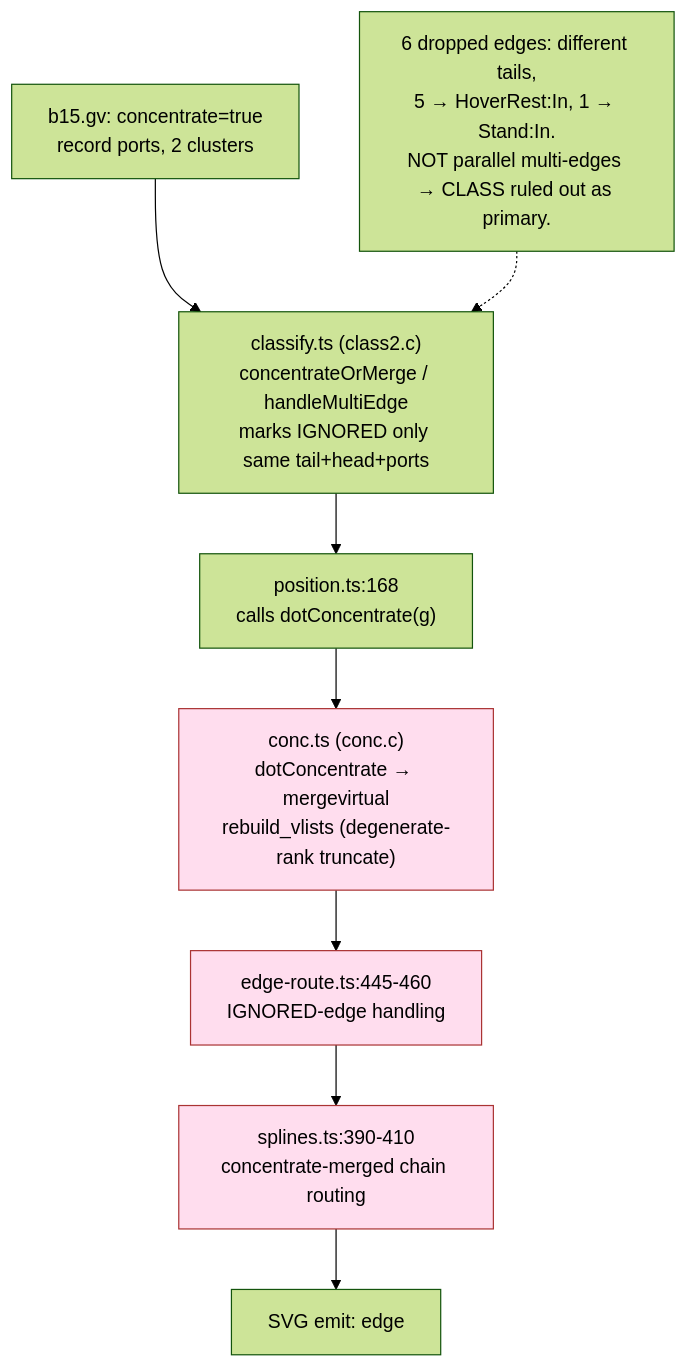
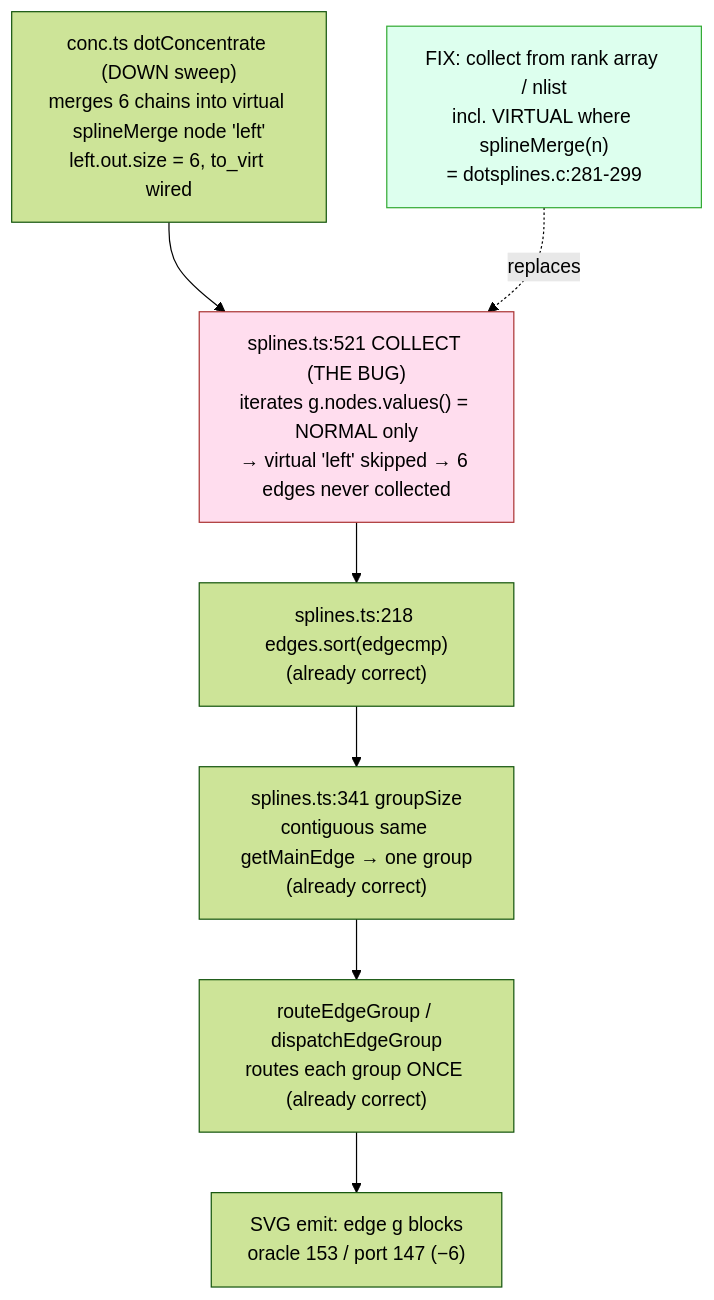
Before and after one commit to sseely/graphviz-ts: the diagram in plans/fix-graphs-b15/diagrams/component-map.md, drawn with Mermaid (forest theme). The commit also changed other lines of this file and 11 other files, not shown here.

First line of the commit message:
docs(graphs-b15): re-scope mission to edgecmp-grouping port

````diff
--- a/plans/fix-graphs-b15/diagrams/component-map.md
+++ b/plans/fix-graphs-b15/diagrams/component-map.md
@@ -7,15 +7,16 @@
 ```mermaid
 graph TD
-  IN["b15.gv: concentrate=true<br/>record ports, 2 clusters"] --> CLASS["classify.ts (class2.c)<br/>concentrateOrMerge / handleMultiEdge<br/>marks IGNORED only same tail+head+ports"]
-  CLASS --> POS["position.ts:168<br/>calls dotConcentrate(g)"]
-  POS --> CONC["conc.ts (conc.c)<br/>dotConcentrate → mergevirtual<br/>rebuild_vlists (degenerate-rank truncate)"]
-  CONC --> ROUTE["edge-route.ts:445-460<br/>IGNORED-edge handling"]
-  ROUTE --> SPL["splines.ts:390-410<br/>concentrate-merged chain routing"]
-  SPL --> SVG["SVG emit: edge <g> blocks<br/>oracle 153 / port 147 (−6)"]
+  CONC["conc.ts dotConcentrate (DOWN sweep)<br/>merges 6 chains into virtual splineMerge node 'left'<br/>left.out.size = 6, to_virt wired"] --> COLLECT
+
+  COLLECT["splines.ts:521 COLLECT (THE BUG)<br/>iterates g.nodes.values() = NORMAL only<br/>→ virtual 'left' skipped → 6 edges never collected"]:::suspect
+  COLLECT --> SORT["splines.ts:218 edges.sort(edgecmp)<br/>(already correct)"]
+  SORT --> GROUP["splines.ts:341 groupSize<br/>contiguous same getMainEdge → one group<br/>(already correct)"]
+  GROUP --> ROUTE["routeEdgeGroup / dispatchEdgeGroup<br/>routes each group ONCE (already correct)"]
+  ROUTE --> SVG["SVG emit: edge g blocks<br/>oracle 153 / port 147 (−6)"]
+
+  FIX["FIX: collect from rank array / nlist<br/>incl. VIRTUAL where splineMerge(n)<br/>= dotsplines.c:281-299"]:::fix
+  FIX -.replaces.-> COLLECT
 
   classDef suspect fill:#fde,stroke:#a33;
-  class CONC,ROUTE,SPL suspect
-
-  note["6 dropped edges: different tails,<br/>5 → HoverRest:In, 1 → Stand:In.<br/>NOT parallel multi-edges → CLASS ruled out as primary."]
-  note -.-> CLASS
+  classDef fix fill:#dfe,stroke:#3a3;
 ```
````
